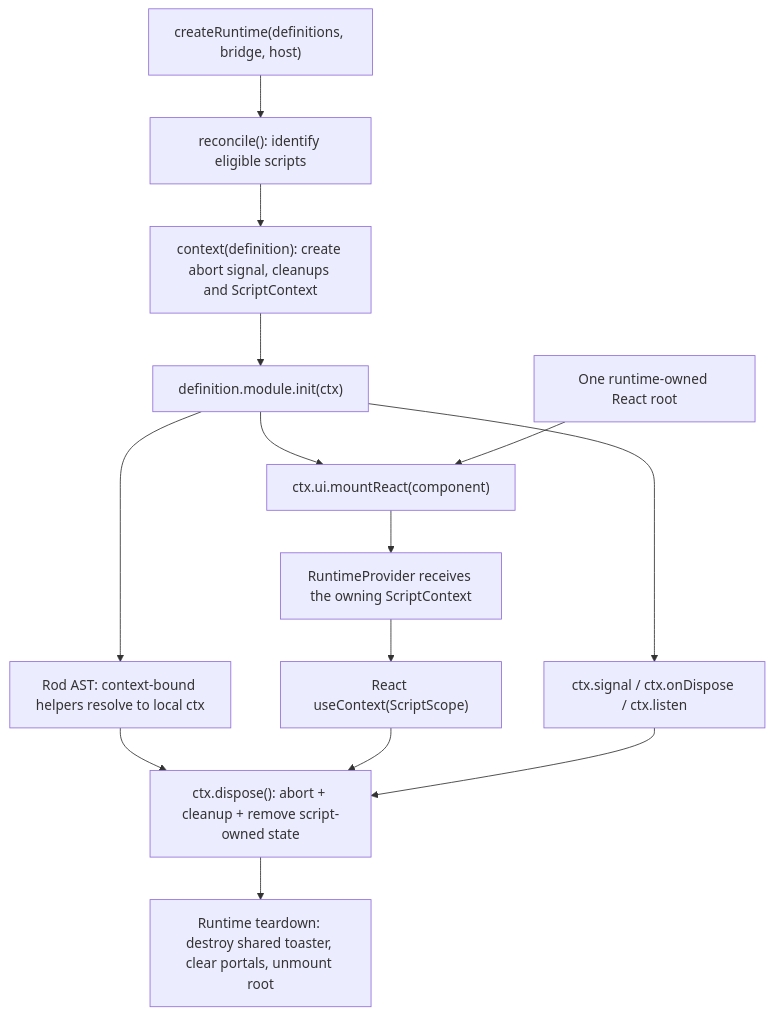
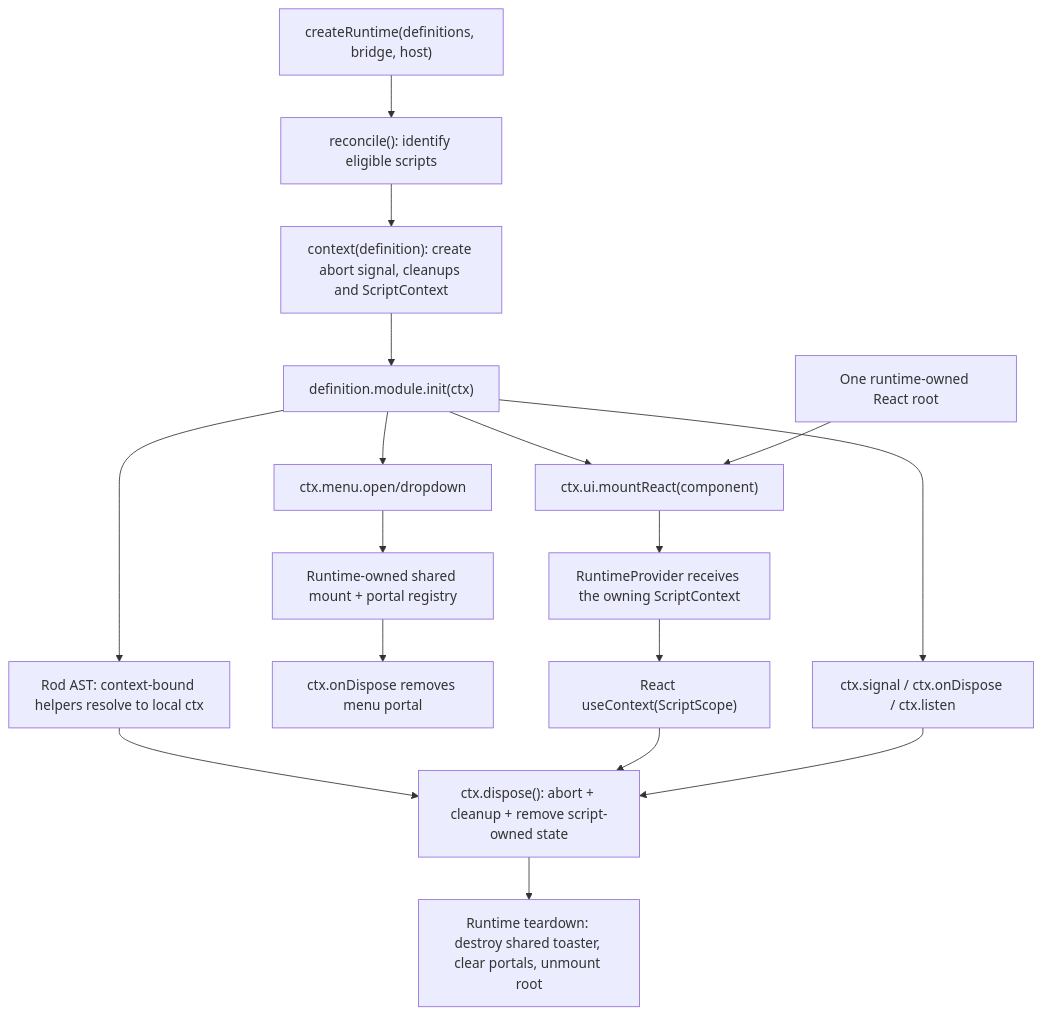
One commit to rodkisten/userscripts-cf changed the first of 2 diagrams in docs/context-and-optimization.md. Above: the diagram before and after it, drawn with Mermaid. The commit also changed other lines of this file, not shown here.

Commit message:
docs(runtime): document shared menu portal lifecycle

````diff
--- a/docs/context-and-optimization.md
+++ b/docs/context-and-optimization.md
@@ -9,16 +9,19 @@
 ```mermaid
 flowchart TD
     A["createRuntime(definitions, bridge, host)"] --> B["reconcile(): identify eligible scripts"]
     B --> C["context(definition): create abort signal, cleanups and ScriptContext"]
     C --> D["definition.module.init(ctx)"]
     D --> E["Rod AST: context-bound helpers resolve to local ctx"]
     D --> F["ctx.ui.mountReact(component)"]
+    D --> M["ctx.menu.open/dropdown"]
+    M --> N["Runtime-owned shared mount + portal registry"]
+    N --> O["ctx.onDispose removes menu portal"]
     F --> G["RuntimeProvider receives the owning ScriptContext"]
     G --> H["React useContext(ScriptScope)"]
     D --> I["ctx.signal / ctx.onDispose / ctx.listen"]
     E --> J["ctx.dispose(): abort + cleanup + remove script-owned state"]
     H --> J
     I --> J
     R["One runtime-owned React root"] --> F
     J --> K["Runtime teardown: destroy shared toaster, clear portals, unmount root"]
 ```
````
